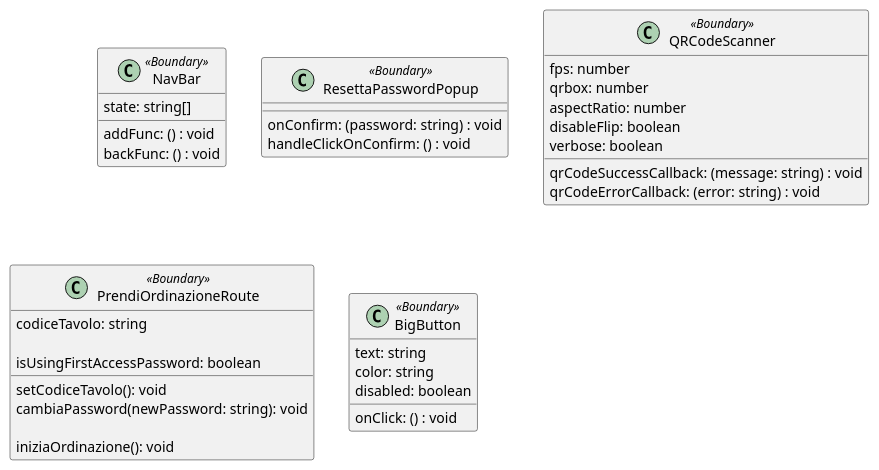
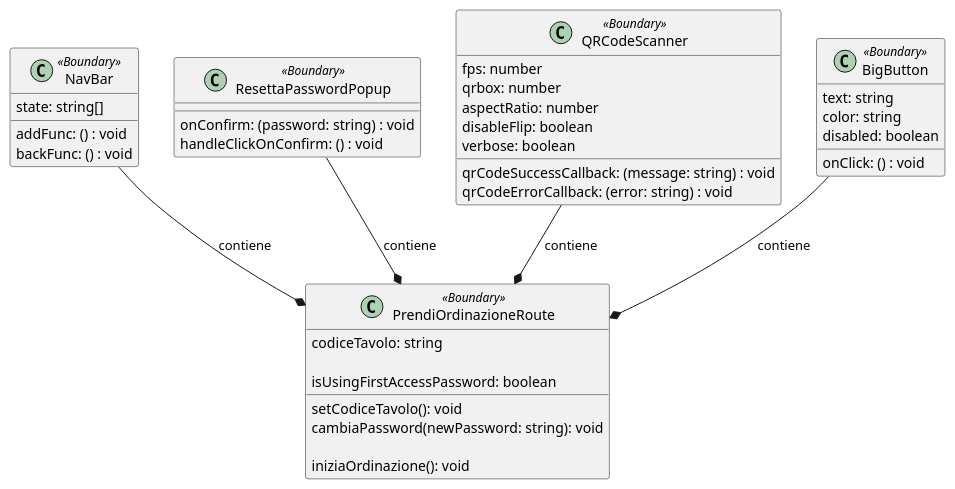
One commit to macro21KGB/Esame-INGSW-22-23 changed the diagram in diagrams/PUML/routes/PrendiOrdinazione.puml. Above: the diagram before and after it, drawn with PlantUML. The commit also changed 5 other files, not shown here.

```diff
--- a/diagrams/PUML/routes/PrendiOrdinazione.puml
+++ b/diagrams/PUML/routes/PrendiOrdinazione.puml
@@ -1,49 +1,53 @@
 @startuml prendi_ordinazione
 
 class NavBar <<Boundary>> {
 
 	addFunc: () : void
 	backFunc: () : void
 	state: string[]
 }
 
 class ResettaPasswordPopup <<Boundary>> {
 
     onConfirm: (password: string) : void
     handleClickOnConfirm: () : void
 
 }
 
 class QRCodeScanner <<Boundary>> {
 	
   fps: number
 	qrbox: number
 	aspectRatio: number
 	disableFlip: boolean
 	verbose: boolean
 	qrCodeSuccessCallback: (message: string) : void
 	qrCodeErrorCallback: (error: string) : void
 
 }
 
 class PrendiOrdinazioneRoute <<Boundary>> {
   codiceTavolo: string
   setCodiceTavolo(): void
 
   isUsingFirstAccessPassword: boolean
   cambiaPassword(newPassword: string): void
 
   iniziaOrdinazione(): void
 
 }
 
 class BigButton <<Boundary>> {
 
     onClick: () : void
     text: string
     color: string
     disabled: boolean
 
 }
+BigButton--* PrendiOrdinazioneRoute : contiene
+NavBar--* PrendiOrdinazioneRoute : contiene
+ResettaPasswordPopup--* PrendiOrdinazioneRoute : contiene
 
+QRCodeScanner--* PrendiOrdinazioneRoute : contiene
 @enduml
```
